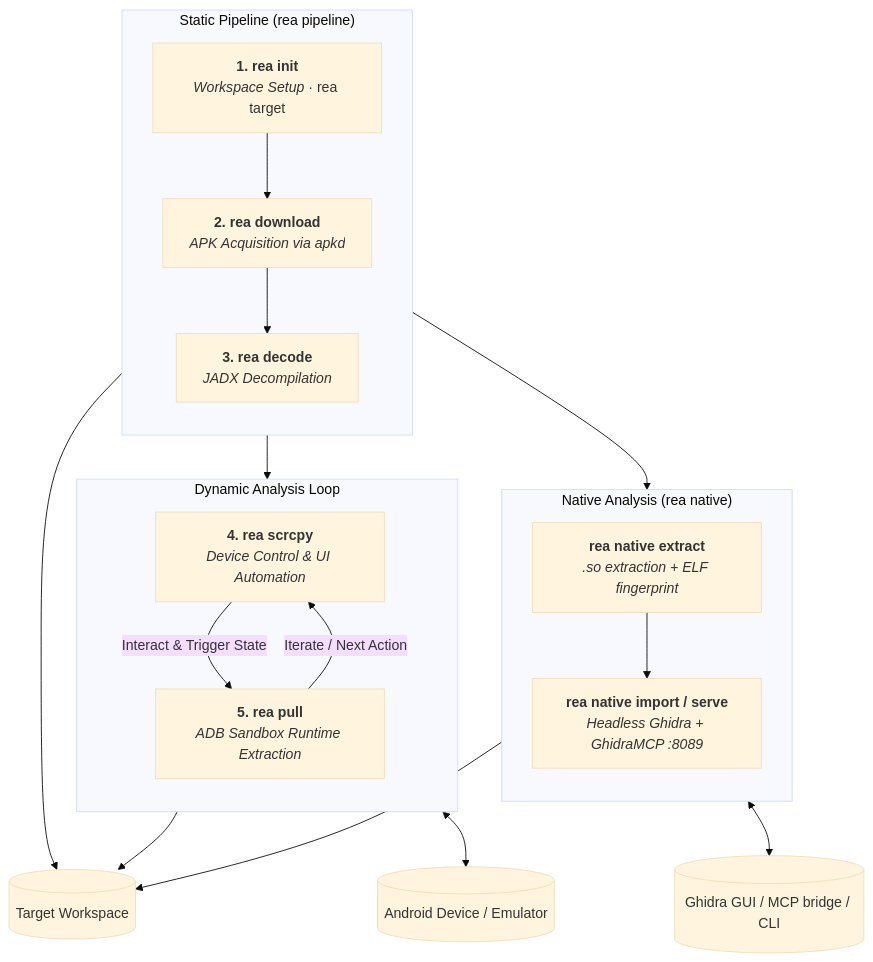
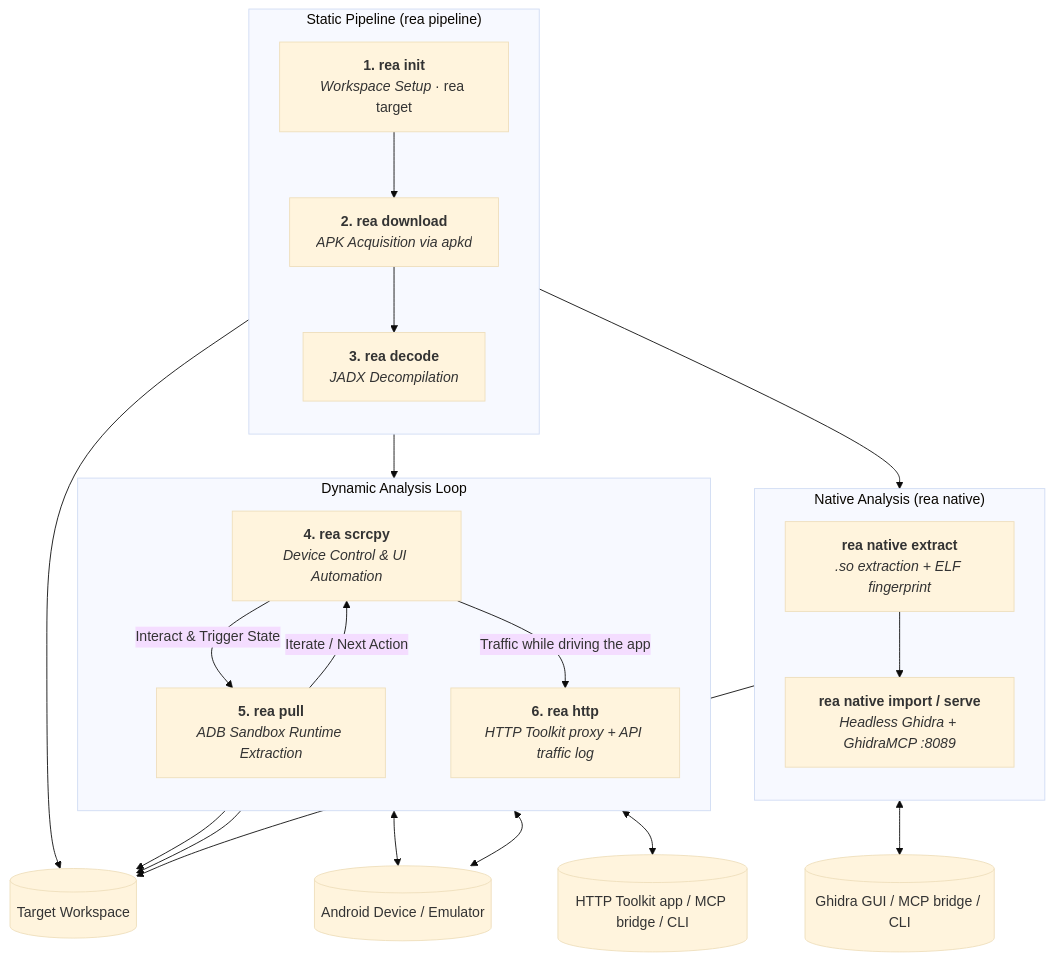
Before and after one commit to impeterwayne/REAKit: the diagram in README.md, drawn with Mermaid (base theme). The commit also changed other lines of this file and 9 other files, not shown here.

Commit message:
feat: add HTTP Toolkit integration for API traffic capture and control

````diff
--- a/README.md
+++ b/README.md
@@ -76,35 +76,40 @@
 ```mermaid
 flowchart TD
     subgraph Static ["Static Pipeline (rea pipeline)"]
         direction TB
         S1["<b>1. rea init</b><br/><i>Workspace Setup</i> · rea target"]
         S2["<b>2. rea download</b><br/><i>APK Acquisition via apkd</i>"]
         S3["<b>3. rea decode</b><br/><i>JADX Decompilation</i>"]
         S1 --> S2 --> S3
     end
 
     subgraph Native ["Native Analysis (rea native)"]
         direction TB
         N1["<b>rea native extract</b><br/><i>.so extraction + ELF fingerprint</i>"]
         N2["<b>rea native import / serve</b><br/><i>Headless Ghidra + GhidraMCP :8089</i>"]
         N1 --> N2
     end
 
     subgraph Dynamic ["Dynamic Analysis Loop"]
         direction TB
         S4["<b>4. rea scrcpy</b><br/><i>Device Control & UI Automation</i>"]
         S5["<b>5. rea pull</b><br/><i>ADB Sandbox Runtime Extraction</i>"]
-        
+        S6["<b>6. rea http</b><br/><i>HTTP Toolkit proxy + API traffic log</i>"]
+
         S4 -->|Interact & Trigger State| S5
         S5 -->|Iterate / Next Action| S4
+        S4 -->|Traffic while driving the app| S6
     end
 
     Static --> Native
     Static --> Dynamic
 
     Static --> WS[(Target Workspace)]
     Native --> WS
     S5 --> WS
+    S6 --> WS
     S4 <--> DEV[(Android Device / Emulator)]
+    S6 <--> DEV
     N2 <--> GH[(Ghidra GUI / MCP bridge / CLI)]
+    S6 <--> HTK[(HTTP Toolkit app / MCP bridge / CLI)]
 ```
````
